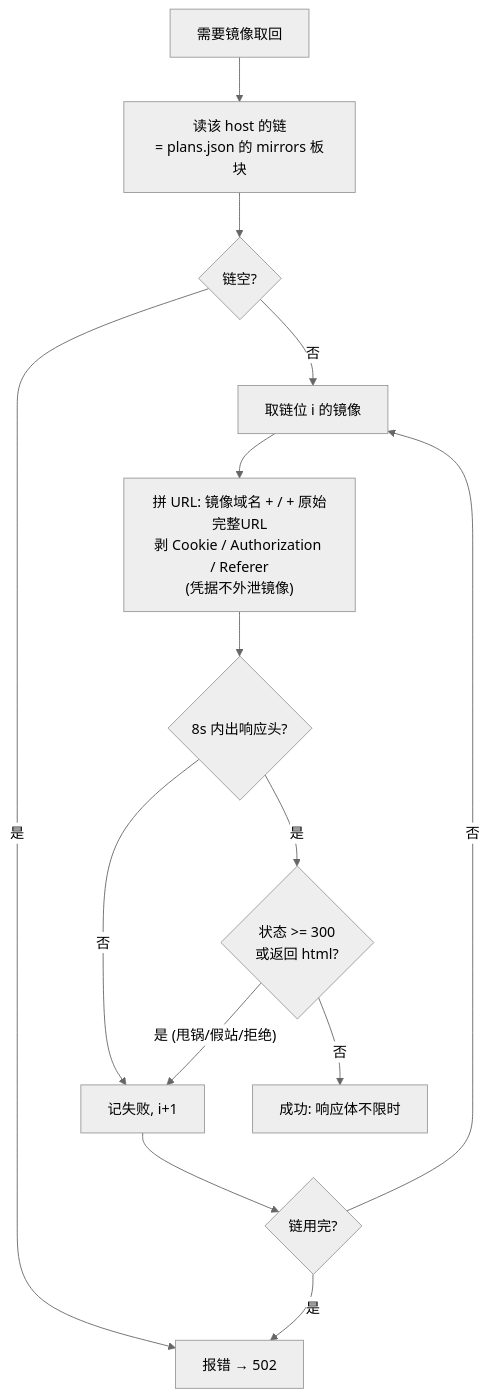
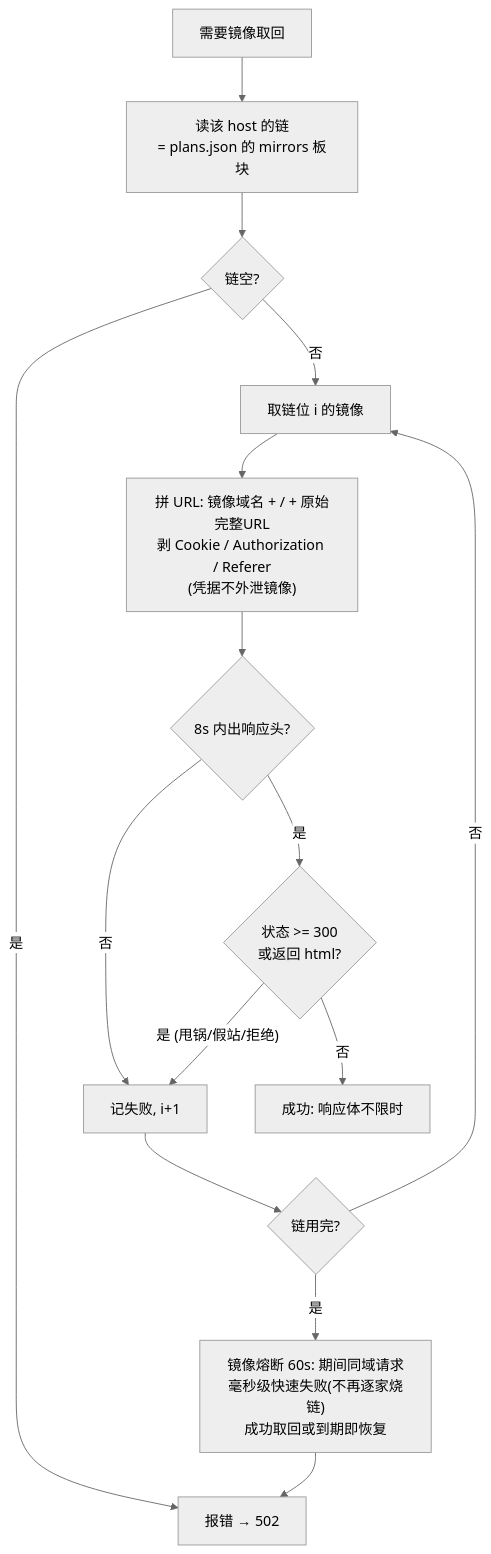
One commit to zhidian-cmd/gitport-github changed the fourth of 4 diagrams in README.md. Above: the diagram before and after it, drawn with Mermaid (neutral theme). The commit also changed other lines of this file, not shown here.

````diff
--- a/README.md
+++ b/README.md
@@ -172,16 +188,17 @@
 ```mermaid
 flowchart TD
     A["需要镜像取回"] --> B["读该 host 的链<br/>= plans.json 的 mirrors 板块"]
     B --> C{"链空?"}
     C -->|"是"| ERR["报错 → 502"]
     C -->|"否"| D["取链位 i 的镜像"]
     D --> E["拼 URL: 镜像域名 + / + 原始完整URL<br/>剥 Cookie / Authorization / Referer<br/>(凭据不外泄镜像)"]
     E --> F{"8s 内出响应头?"}
     F -->|"否"| H["记失败, i+1"]
     F -->|"是"| G{"状态 >= 300<br/>或返回 html?"}
     G -->|"是 (甩锅/假站/拒绝)"| H
     G -->|"否"| OK["成功: 响应体不限时"]
     H --> I{"链用完?"}
     I -->|"否"| D
-    I -->|"是"| ERR
+    I -->|"是"| BRK["镜像熔断 60s: 期间同域请求<br/>毫秒级快速失败(不再逐家烧链)<br/>成功取回或到期即恢复"]
+    BRK --> ERR
 ```
````
